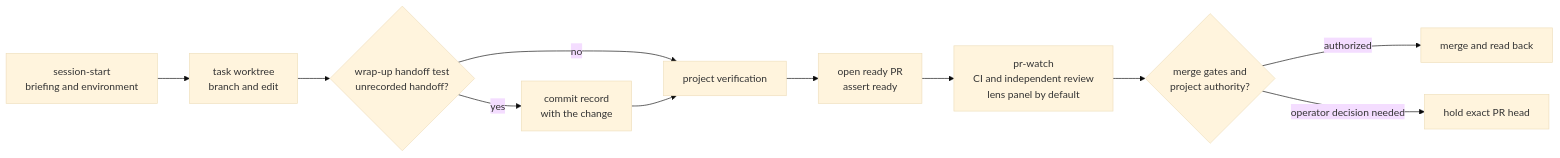
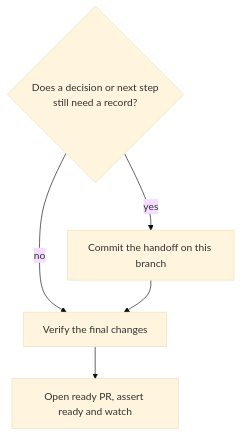
The diagram in docs/developer-guide.md (topij/agentic-dev-kit), drawn with Mermaid (base theme) before and after one commit. The commit also changed other lines of this file and 12 other files, not shown here.

````diff
--- a/docs/developer-guide.md
+++ b/docs/developer-guide.md
@@ -69,13 +80,10 @@
 ```mermaid
-flowchart LR
-    Brief["session-start<br/>briefing and environment"] --> Task["task worktree<br/>branch and edit"]
-    Task --> Wrap{"wrap-up handoff test<br/>unrecorded handoff?"}
-    Wrap -->|yes| Record["commit record<br/>with the change"]
-    Wrap -->|no| Verify
-    Record --> Verify["project verification"]
-    Verify --> PR["open ready PR<br/>assert ready"]
-    PR --> Watch["pr-watch<br/>CI and independent review<br/>lens panel by default"]
-    Watch --> Authority{"merge gates and<br/>project authority?"}
-    Authority -->|authorized| Merge["merge and read back"]
-    Authority -->|operator decision needed| Hold["hold exact PR head"]
+flowchart TD
+    accTitle: Handoff decision before opening a full-profile PR
+    accDescr: If a decision or next step is missing from durable records, commit it to the same branch. Verify the final changes, open the PR ready, assert readiness and follow the PR.
+    Wrap{"Does a decision or next step<br/>still need a record?"}
+    Wrap -->|yes| Record["Commit the handoff on this branch"]
+    Wrap -->|no| Verify["Verify the final changes"]
+    Record --> Verify
+    Verify --> Watch["Open ready PR, assert ready and watch"]
 ```
````
